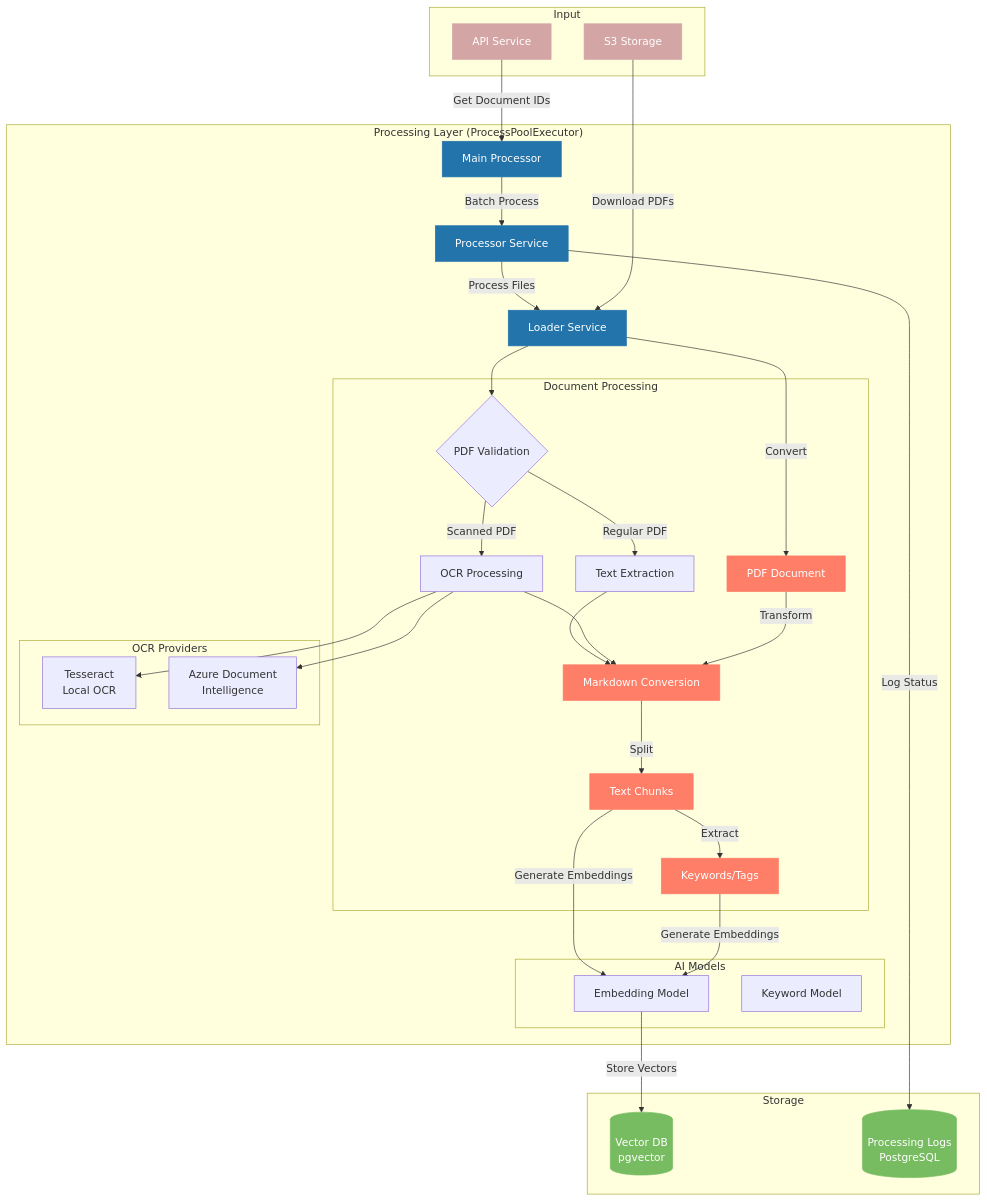
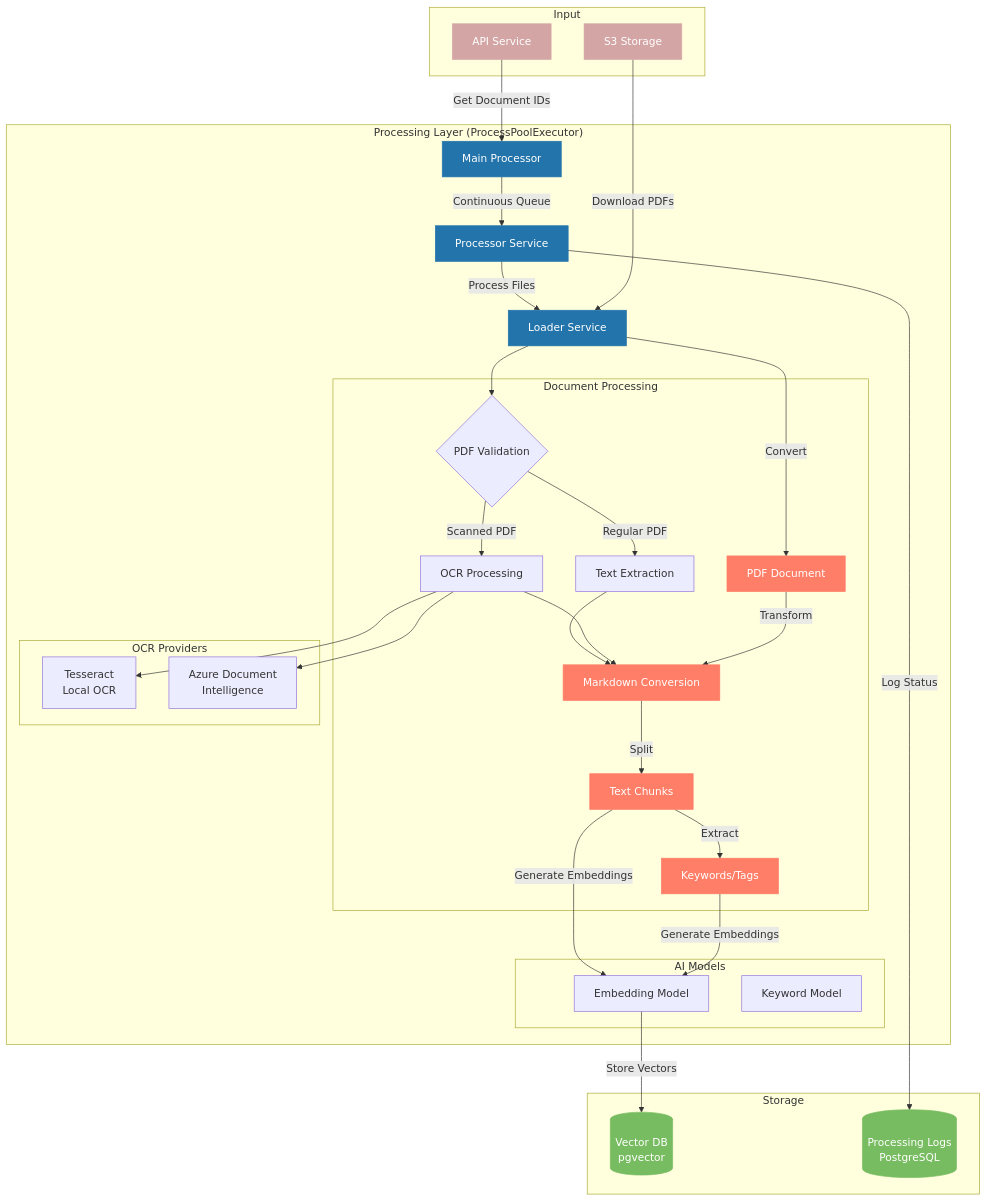
The first of 2 diagrams in tools/embedder/DOCUMENTATION.md (bcgov/EPIC.search), drawn with Mermaid before and after one commit. The commit also changed other lines of this file and 6 other files, not shown here.

````diff
--- a/tools/embedder/DOCUMENTATION.md
+++ b/tools/embedder/DOCUMENTATION.md
@@ -78,70 +78,70 @@
 ```mermaid
 graph TB
     subgraph Input
         API[API Service]
         S3[S3 Storage]
     end
 
     subgraph Processing ["Processing Layer (ProcessPoolExecutor)"]
         MP[Main Processor]
         PS[Processor Service]
         LS[Loader Service]
         
         subgraph Document Processing
             PDF[PDF Document]
             VAL{PDF Validation}
             TXT[Text Extraction]
             OCR[OCR Processing]
             MD[Markdown Conversion]
             chunks[Text Chunks]
             KW[Keywords/Tags]
         end
         
         subgraph AI Models
             EM[Embedding Model]
             KM[Keyword Model]
         end
         
         subgraph OCR Providers
             TESS[Tesseract<br/>Local OCR]
             AZURE[Azure Document<br/>Intelligence]
         end
     end
 
     subgraph Storage
         VDB[(Vector DB<br/>pgvector)]
         LDB[(Processing Logs<br/>PostgreSQL)]
     end
 
     %% Flow connections
     API -->|Get Document IDs| MP
-    MP -->|Batch Process| PS
+    MP -->|Continuous Queue| PS
     PS -->|Process Files| LS
     S3 -->|Download PDFs| LS
     LS --> VAL
     VAL -->|Regular PDF| TXT
     VAL -->|Scanned PDF| OCR
     OCR --> TESS
     OCR --> AZURE
     TXT --> MD
     OCR --> MD
     LS -->|Convert| PDF
     PDF -->|Transform| MD
     MD -->|Split| chunks
     chunks -->|Extract| KW
     chunks -->|Generate Embeddings| EM
     KW -->|Generate Embeddings| EM
     EM -->|Store Vectors| VDB
     PS -->|Log Status| LDB
 
     %% Styling
     classDef primary fill:#2374ab,stroke:#2374ab,color:#fff
     classDef secondary fill:#ff7e67,stroke:#ff7e67,color:#fff
     classDef storage fill:#78bc61,stroke:#78bc61,color:#fff
     classDef input fill:#d4a5a5,stroke:#d4a5a5,color:#fff
     
     class MP,PS,LS primary
     class PDF,MD,chunks,KW secondary
     class VDB,LDB storage
     class API,S3 input
 ```
````
